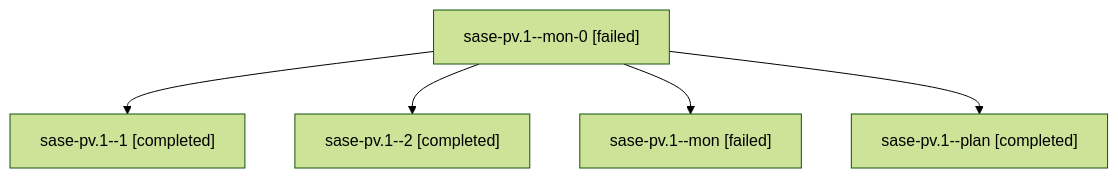
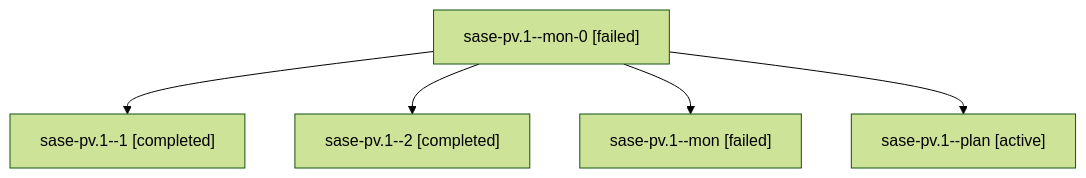
The diagram in families/bbugyi200.athena.sase-pv.1.md (sase-org/sase--agents), drawn with Mermaid (forest theme) before and after one commit. The commit also changed other lines of this file and 35830 other files, not shown here.

````diff
--- a/families/bbugyi200.athena.sase-pv.1.md
+++ b/families/bbugyi200.athena.sase-pv.1.md
@@ -9,12 +9,12 @@
 ```mermaid
 flowchart TD
   n0["sase-pv.1--mon-0 [failed]"]
   n1["sase-pv.1--1 [completed]"]
   n0 --> n1
   n2["sase-pv.1--2 [completed]"]
   n0 --> n2
   n3["sase-pv.1--mon [failed]"]
   n0 --> n3
-  n4["sase-pv.1--plan [completed]"]
+  n4["sase-pv.1--plan [active]"]
   n0 --> n4
 ```
````
